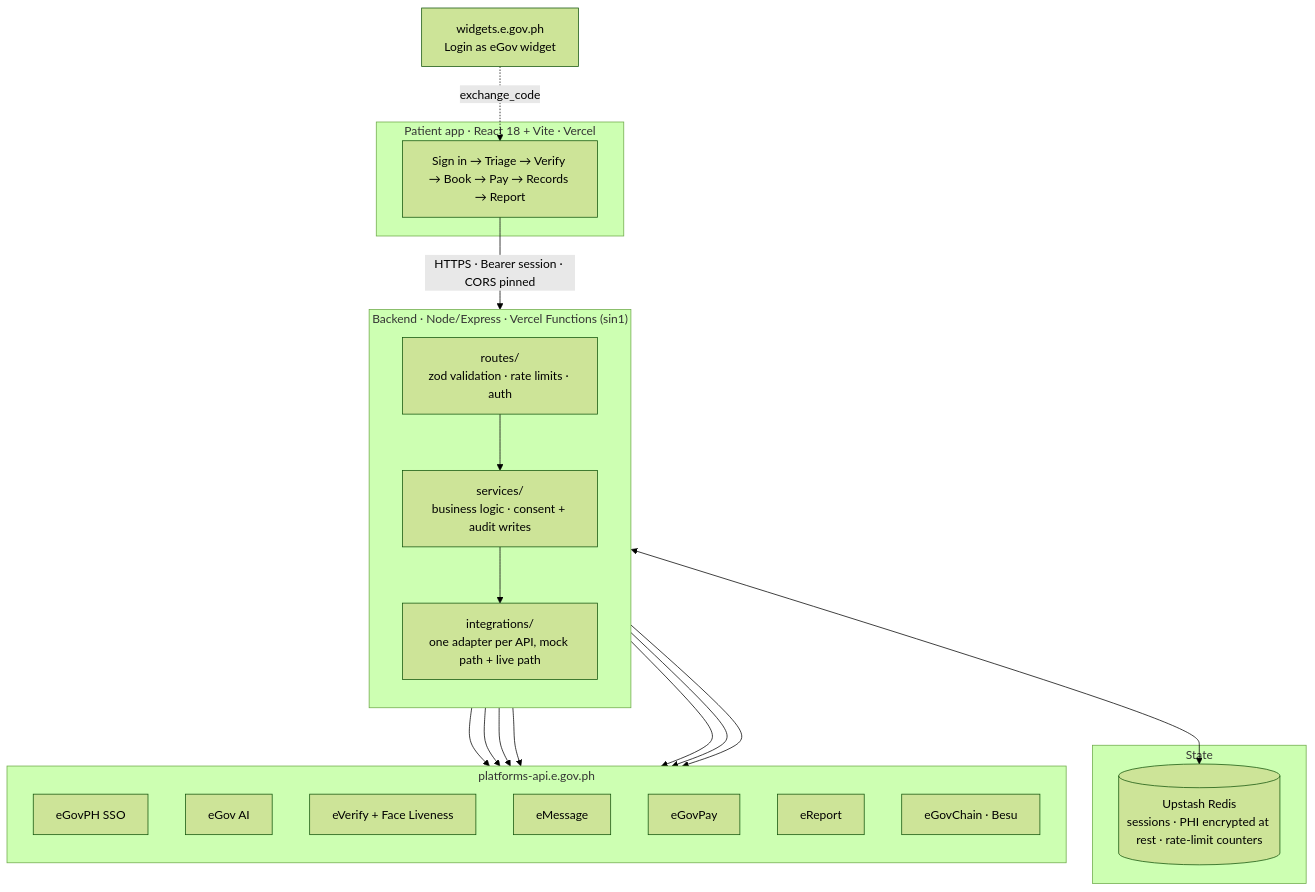
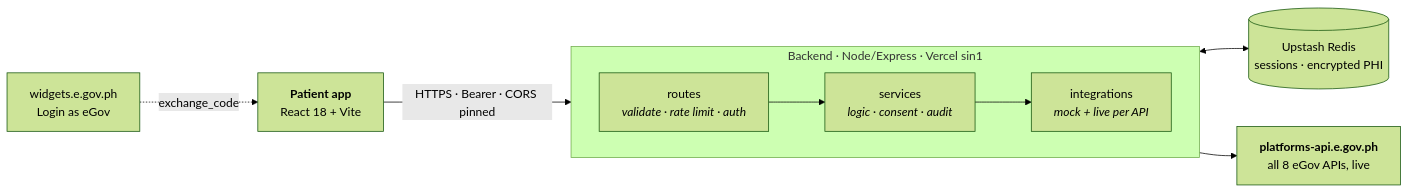
The first of 2 diagrams in README.md (M4tyu633/egovmed), drawn with Mermaid (forest theme) before and after one commit. The commit also changed other lines of this file and 5 other files, not shown here.

First line of the commit message:
docs: submission links, and diagrams that fit on the page

````diff
--- a/README.md
+++ b/README.md
@@ -155,35 +167,21 @@
 ```mermaid
-flowchart TB
-    subgraph client["Patient app · React 18 + Vite · Vercel"]
-        UI["Sign in → Triage → Verify → Book → Pay → Records → Report"]
+flowchart LR
+    UI["<b>Patient app</b><br/>React 18 + Vite"]
+    W["widgets.e.gov.ph<br/>Login as eGov"]
+
+    subgraph BE["Backend · Node/Express · Vercel sin1"]
+        direction LR
+        R["routes<br/><i>validate · rate limit · auth</i>"]
+        SV["services<br/><i>logic · consent · audit</i>"]
+        IN["integrations<br/><i>mock + live per API</i>"]
+        R --> SV --> IN
     end
 
-    subgraph api["Backend · Node/Express · Vercel Functions (sin1)"]
-        direction TB
-        R["routes/<br/>zod validation · rate limits · auth"]
-        S["services/<br/>business logic · consent + audit writes"]
-        I["integrations/<br/>one adapter per API, mock path + live path"]
-        R --> S --> I
-    end
+    KV[("Upstash Redis<br/>sessions · encrypted PHI")]
+    GOV["<b>platforms-api.e.gov.ph</b><br/>all 8 eGov APIs, live"]
 
-    subgraph store["State"]
-        KV[("Upstash Redis<br/>sessions · PHI encrypted at rest · rate-limit counters")]
-    end
-
-    subgraph gov["platforms-api.e.gov.ph"]
-        direction TB
-        G1["eGovPH SSO"]
-        G2["eGov AI"]
-        G3["eVerify + Face Liveness"]
-        G4["eMessage"]
-        G5["eGovPay"]
-        G6["eReport"]
-        G7["eGovChain · Besu"]
-    end
-
-    UI -->|"HTTPS · Bearer session · CORS pinned"| R
-    S <--> KV
-    I --> G1 & G2 & G3 & G4 & G5 & G6 & G7
-
-    W["widgets.e.gov.ph<br/>Login as eGov widget"] -.->|"exchange_code"| UI
+    W -.->|"exchange_code"| UI
+    UI -->|"HTTPS · Bearer · CORS pinned"| R
+    SV <--> KV
+    IN --> GOV
 ```
````
